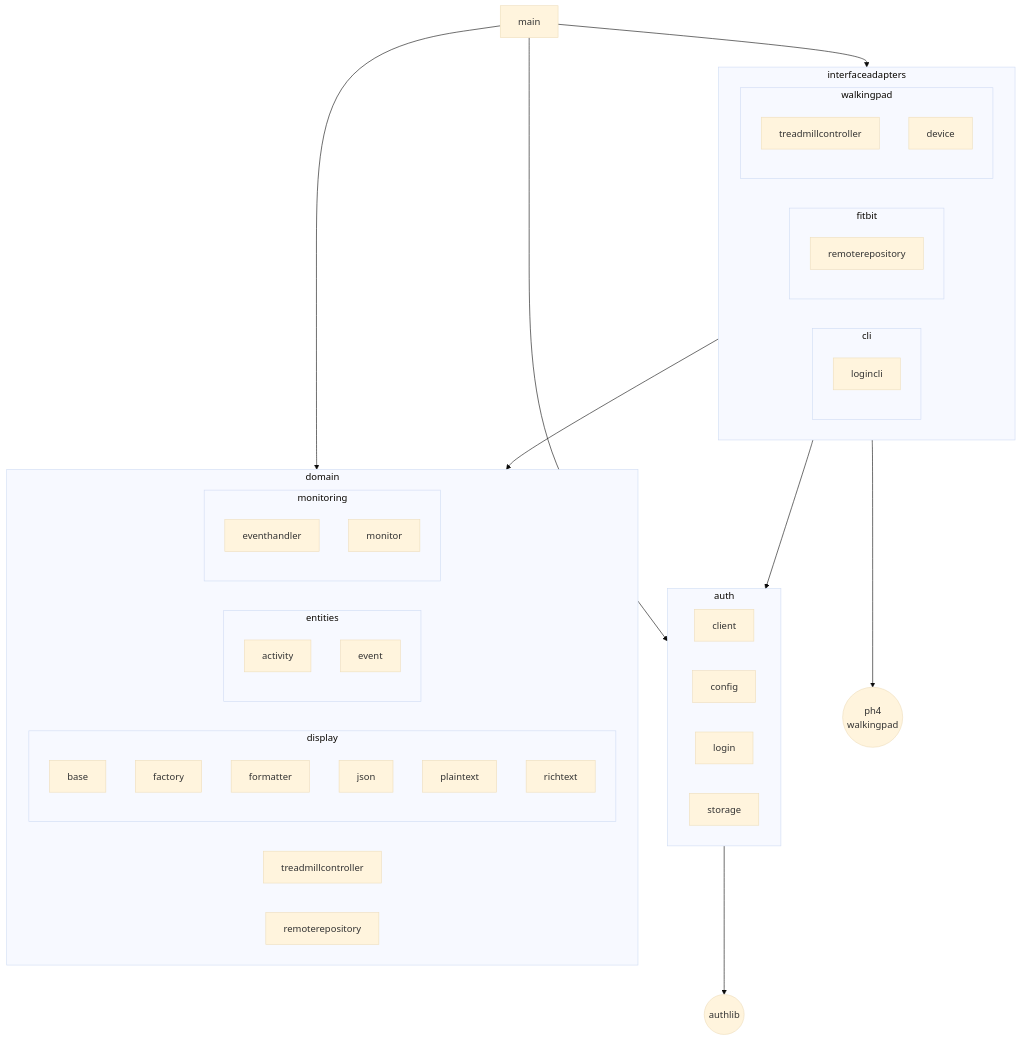
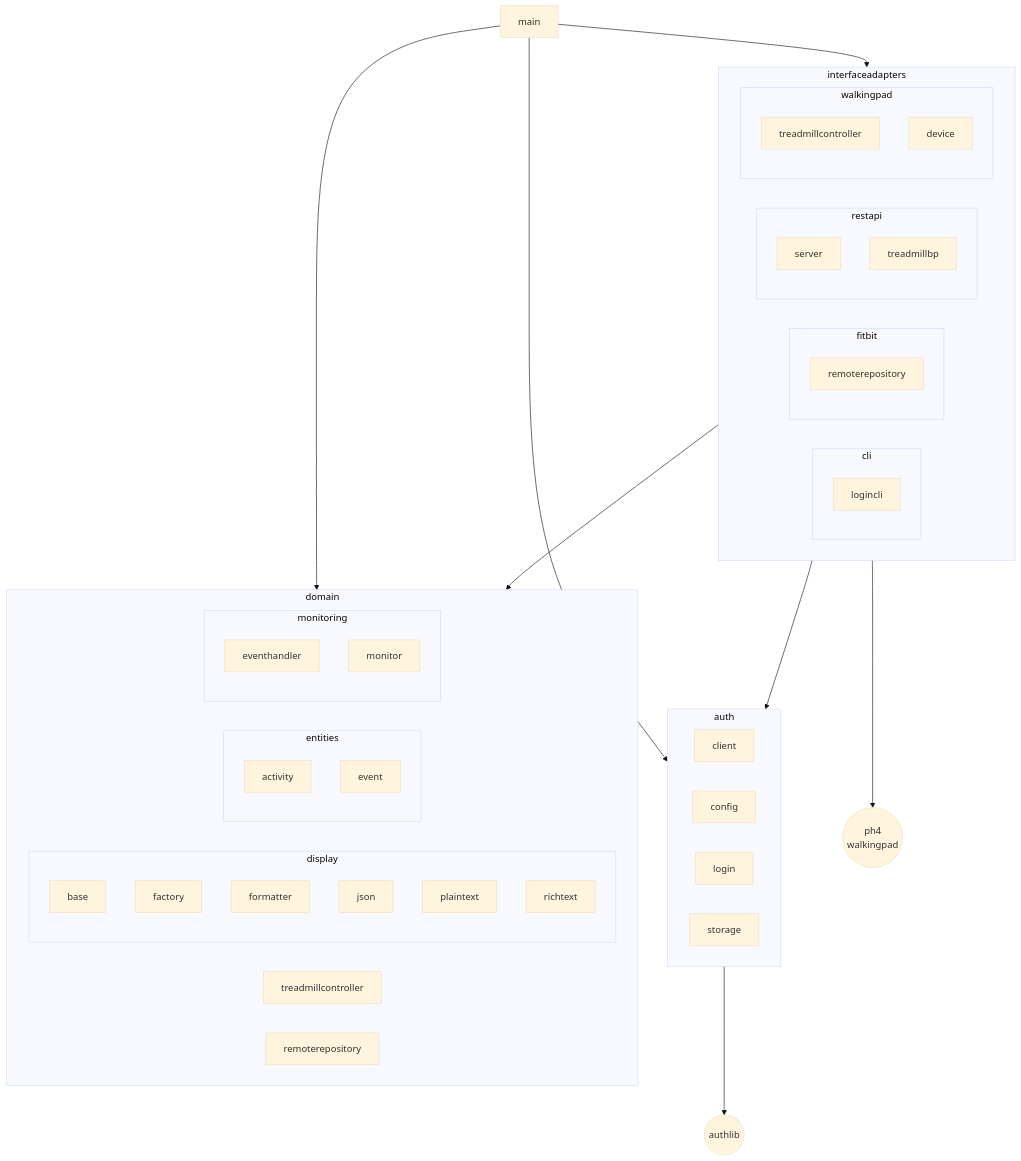
Before and after one commit to caarmen/walkingpad-fitbit: the third of 3 diagrams in docs/architecture.md, drawn with Mermaid (base theme). The commit also changed other lines of this file, not shown here.

Commit message:
Update the architecture doc to include the restapi package.

````diff
--- a/docs/architecture.md
+++ b/docs/architecture.md
@@ -57,54 +58,58 @@
 ```mermaid
 flowchart TD
     main
     subgraph auth
         client
         config
         login
         storage
     end
     subgraph domain
         treadmillcontroller
         remoterepository
         subgraph display
             base
             factory
             formatter
             json
             plaintext
             richtext
         end
         subgraph entities
             activity
             event
         end
         subgraph monitoring
             eventhandler
             monitor
         end
     end
     subgraph interfaceadapters
         subgraph cli
             logincli
         end
         subgraph fitbit
             fitbitemoterepository["remoterepository"]
         end
+        subgraph restapi
+            server
+            treadmillbp
+        end
         subgraph walkingpad
             walkingpadtreadmillcontroller["treadmillcontroller"]
             device
         end
     end
 
     authlib(("authlib"))
     ph4_walkingpad(("ph4<br>walkingpad"))
 
     main --> auth
     main --> domain
     main --> interfaceadapters
 
     interfaceadapters --> domain
     interfaceadapters --> auth
     interfaceadapters --> ph4_walkingpad
     auth --> authlib
 ```
````
